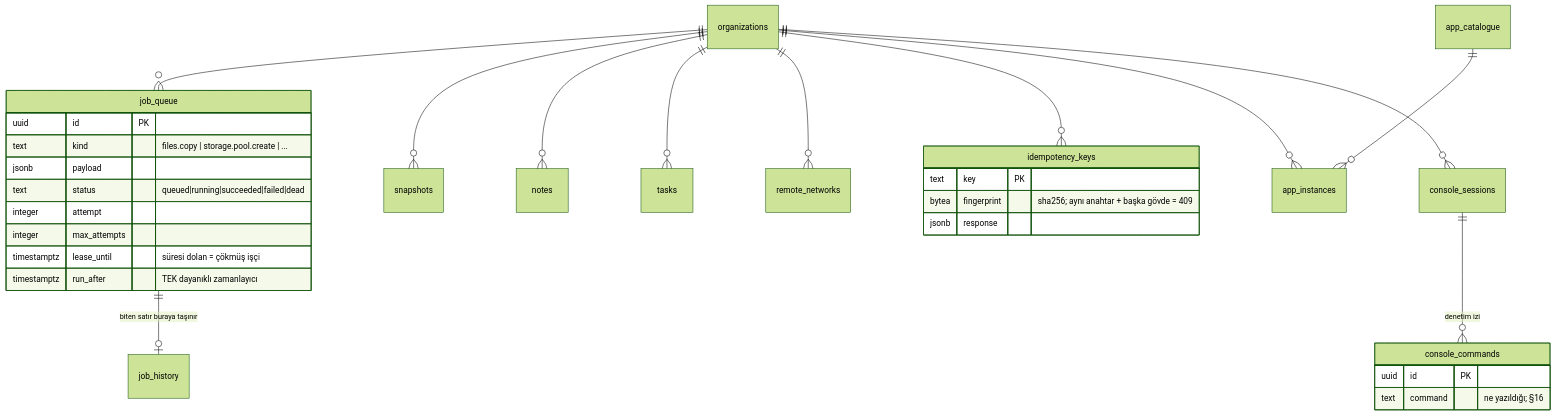
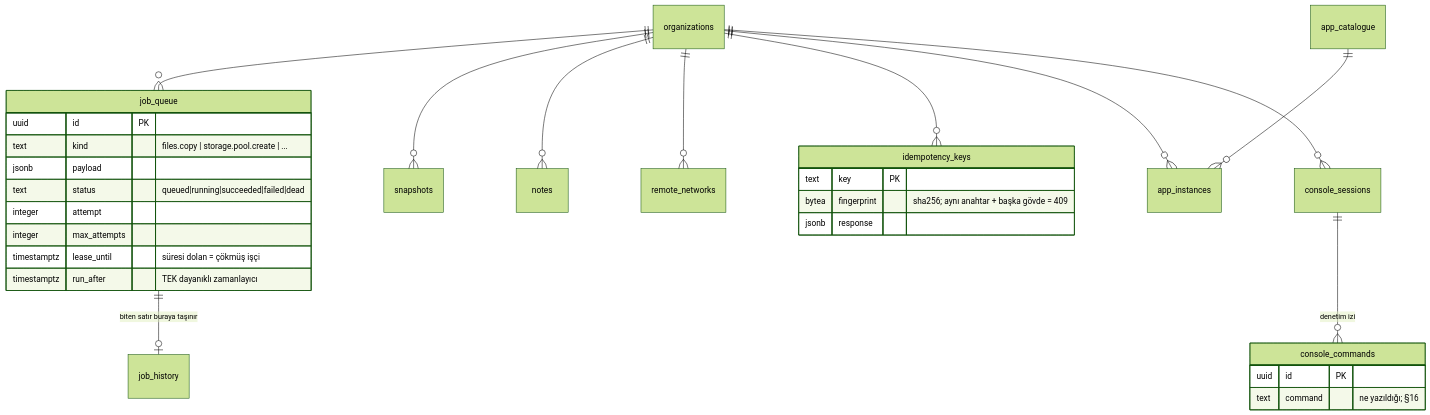
Before and after one commit to avsharbeyi/depsis: the third of 4 diagrams in docs/er-diagram.md, drawn with Mermaid (forest theme). The commit also changed other lines of this file and 22 other files, not shown here.

````diff
--- a/docs/er-diagram.md
+++ b/docs/er-diagram.md
@@ -133,34 +133,33 @@
 ```mermaid
 erDiagram
     organizations ||--o{ job_queue : ""
     job_queue ||--o| job_history : "biten satır buraya taşınır"
     organizations ||--o{ snapshots : ""
     organizations ||--o{ notes : ""
-    organizations ||--o{ tasks : ""
     organizations ||--o{ remote_networks : ""
     organizations ||--o{ idempotency_keys : ""
     app_catalogue ||--o{ app_instances : ""
     organizations ||--o{ app_instances : ""
     organizations ||--o{ console_sessions : ""
     console_sessions ||--o{ console_commands : "denetim izi"
 
     job_queue {
         uuid id PK
         text kind "files.copy | storage.pool.create | ..."
         jsonb payload
         text status "queued|running|succeeded|failed|dead"
         integer attempt
         integer max_attempts
         timestamptz lease_until "süresi dolan = çökmüş işçi"
         timestamptz run_after "TEK dayanıklı zamanlayıcı"
     }
     idempotency_keys {
         text key PK
         bytea fingerprint "sha256; aynı anahtar + başka gövde = 409"
         jsonb response
     }
     console_commands {
         uuid id PK
         text command "ne yazıldığı; §16"
     }
 ```
````
